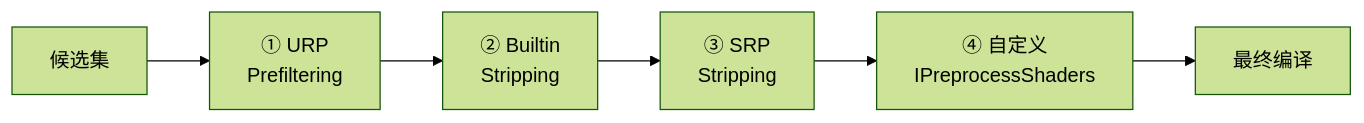
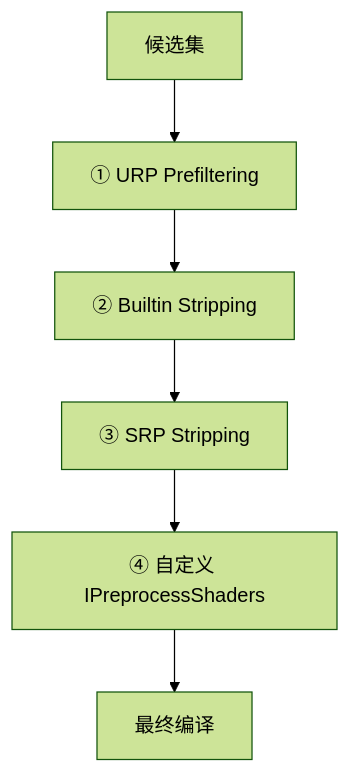
One commit to TwoEggDu/twoegg-tech-stack changed the third of 4 diagrams in content/engine-notes/unity-shader-variant-full-lifecycle-overview.md. Above: the diagram before and after it, drawn with Mermaid (forest theme). The commit also changed other lines of this file, not shown here.

First line of the commit message:
Fix Mermaid diagrams clipped by container width

````diff
--- a/content/engine-notes/unity-shader-variant-full-lifecycle-overview.md
+++ b/content/engine-notes/unity-shader-variant-full-lifecycle-overview.md
@@ -120,8 +118,8 @@
 ```mermaid
-flowchart LR
-    A["候选集"] --> B["① URP\nPrefiltering"]
-    B --> C["② Builtin\nStripping"]
-    C --> D["③ SRP\nStripping"]
-    D --> E["④ 自定义\nIPreprocessShaders"]
+flowchart TD
+    A["候选集"] --> B["① URP Prefiltering"]
+    B --> C["② Builtin Stripping"]
+    C --> D["③ SRP Stripping"]
+    D --> E["④ 自定义 IPreprocessShaders"]
     E --> F["最终编译"]
 ```
````
